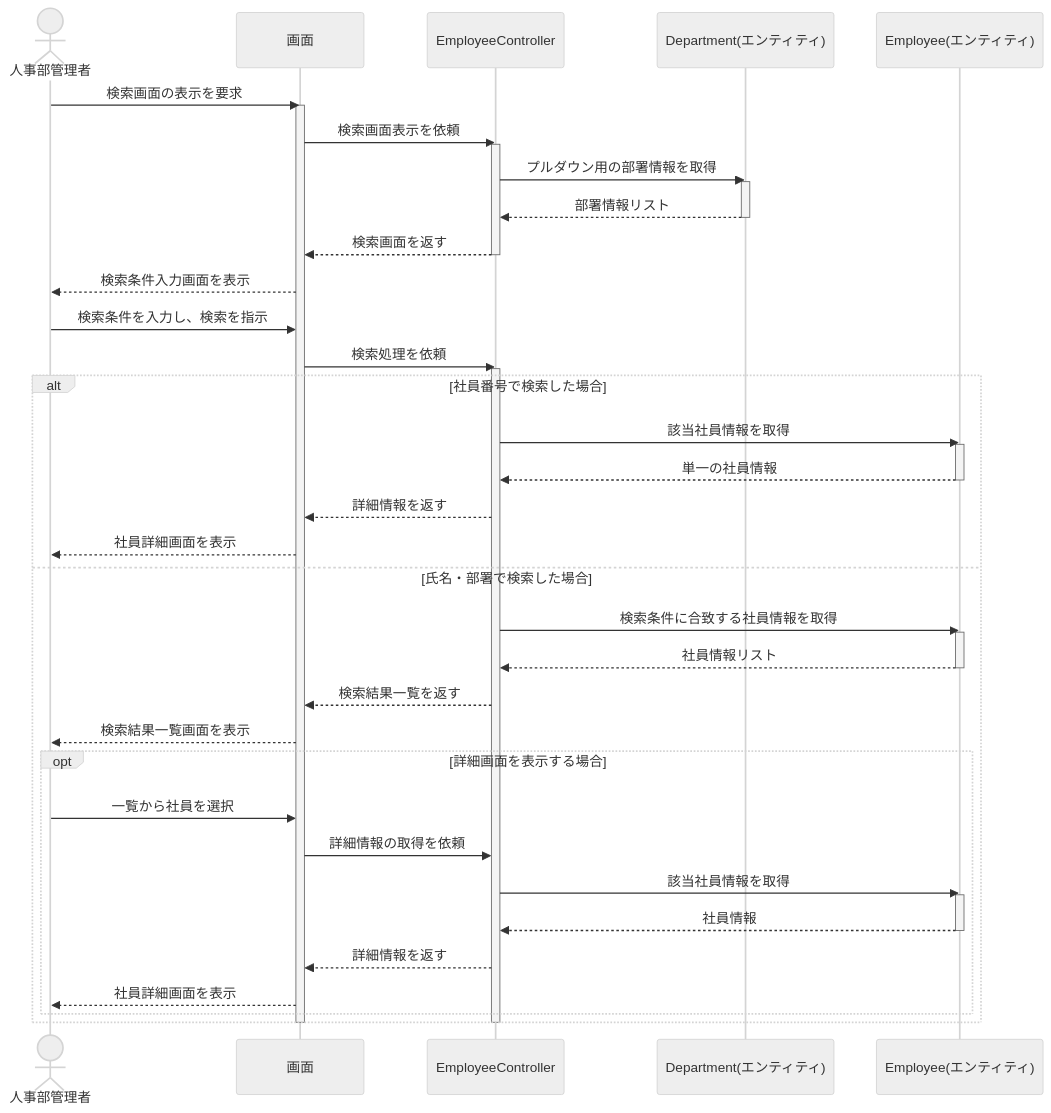
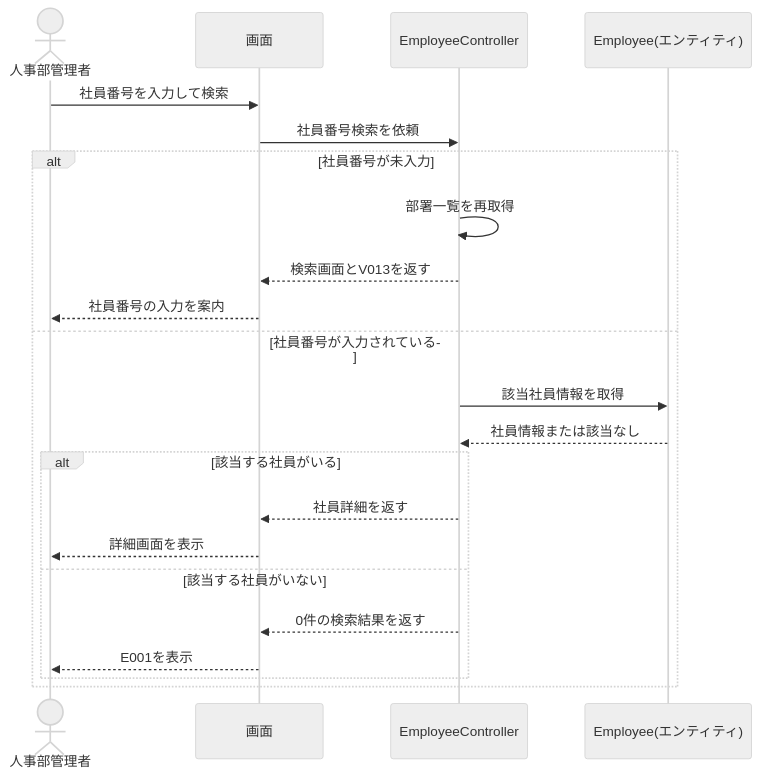
Before and after one commit to juyeongjung1/NewEIMS: diagram 11 of 29 in EIMS_Comprehensive_Exercise_Guide.md, drawn with Mermaid (neutral theme). The commit also changed other lines of this file and 68 other files, not shown here.

````diff
--- a/EIMS_Comprehensive_Exercise_Guide.md
+++ b/EIMS_Comprehensive_Exercise_Guide.md
@@ -1111,55 +1220,25 @@
 ```mermaid
 sequenceDiagram
     actor Admin as 人事部管理者
     participant UI as 画面
     participant Ctrl as EmployeeController
-    participant Dept as Department(エンティティ)
     participant Emp as Employee(エンティティ)
 
-    Admin ->> UI: 検索画面の表示を要求
-    activate UI
-    UI ->> Ctrl: 検索画面表示を依頼
-    activate Ctrl
-    Ctrl ->> Dept: プルダウン用の部署情報を取得
-    activate Dept
-    Dept -->> Ctrl: 部署情報リスト
-    deactivate Dept
-    Ctrl -->> UI: 検索画面を返す
-    deactivate Ctrl
-    UI -->> Admin: 検索条件入力画面を表示
-  
-    Admin ->> UI: 検索条件を入力し、検索を指示
-    UI ->> Ctrl: 検索処理を依頼
-    activate Ctrl
-  
-    alt 社員番号で検索した場合
+    Admin ->> UI: 社員番号を入力して検索
+    UI ->> Ctrl: 社員番号検索を依頼
+    alt 社員番号が未入力
+        Ctrl ->> Ctrl: 部署一覧を再取得
+        Ctrl -->> UI: 検索画面とV013を返す
+        UI -->> Admin: 社員番号の入力を案内
+    else 社員番号が入力されている
         Ctrl ->> Emp: 該当社員情報を取得
-        activate Emp
-        Emp -->> Ctrl: 単一の社員情報
-        deactivate Emp
-        Ctrl -->> UI: 詳細情報を返す
-        UI -->> Admin: 社員詳細画面を表示
-    else 氏名・部署で検索した場合
-        Ctrl ->> Emp: 検索条件に合致する社員情報を取得
-        activate Emp
-        Emp -->> Ctrl: 社員情報リスト
-        deactivate Emp
-      
-        Ctrl -->> UI: 検索結果一覧を返す
-        UI -->> Admin: 検索結果一覧画面を表示
-      
-        opt 詳細画面を表示する場合
-            Admin ->> UI: 一覧から社員を選択
-            UI ->> Ctrl: 詳細情報の取得を依頼
-            Ctrl ->> Emp: 該当社員情報を取得
-            activate Emp
-            Emp -->> Ctrl: 社員情報
-            deactivate Emp
-            Ctrl -->> UI: 詳細情報を返す
-            UI -->> Admin: 社員詳細画面を表示
+        Emp -->> Ctrl: 社員情報または該当なし
+        alt 該当する社員がいる
+            Ctrl -->> UI: 社員詳細を返す
+            UI -->> Admin: 詳細画面を表示
+        else 該当する社員がいない
+            Ctrl -->> UI: 0件の検索結果を返す
+            UI -->> Admin: E001を表示
         end
     end
-  
-    deactivate Ctrl
-    deactivate UI
 ```
````
